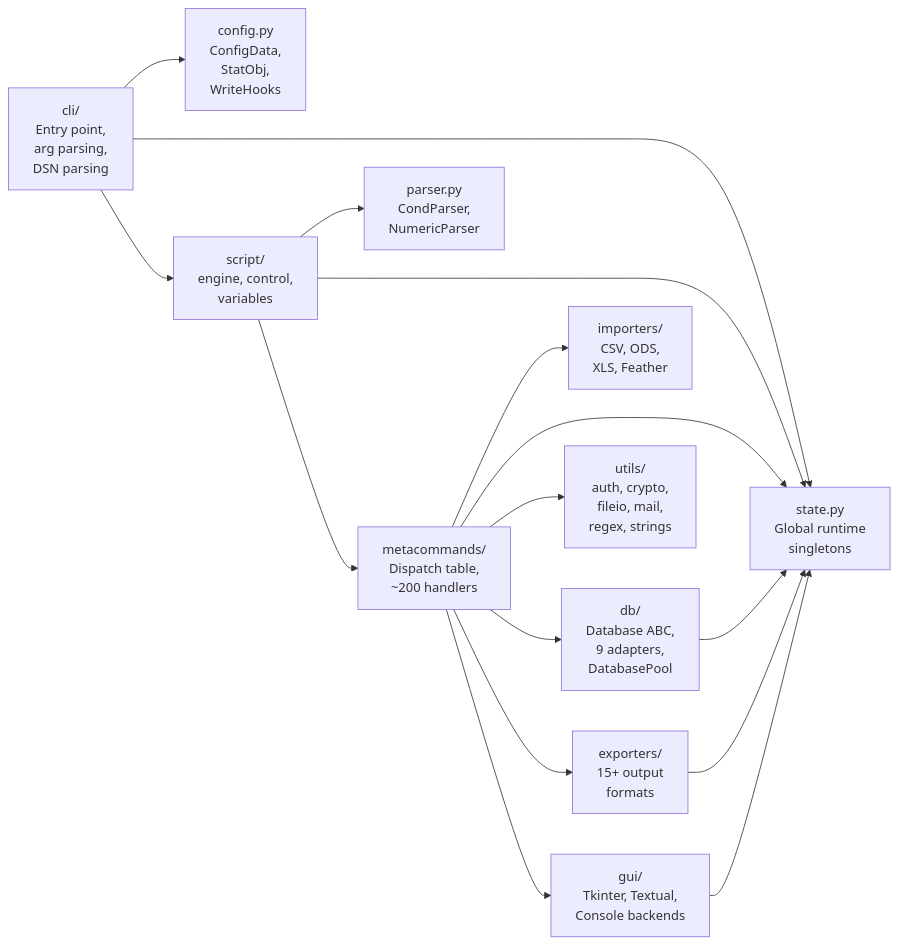
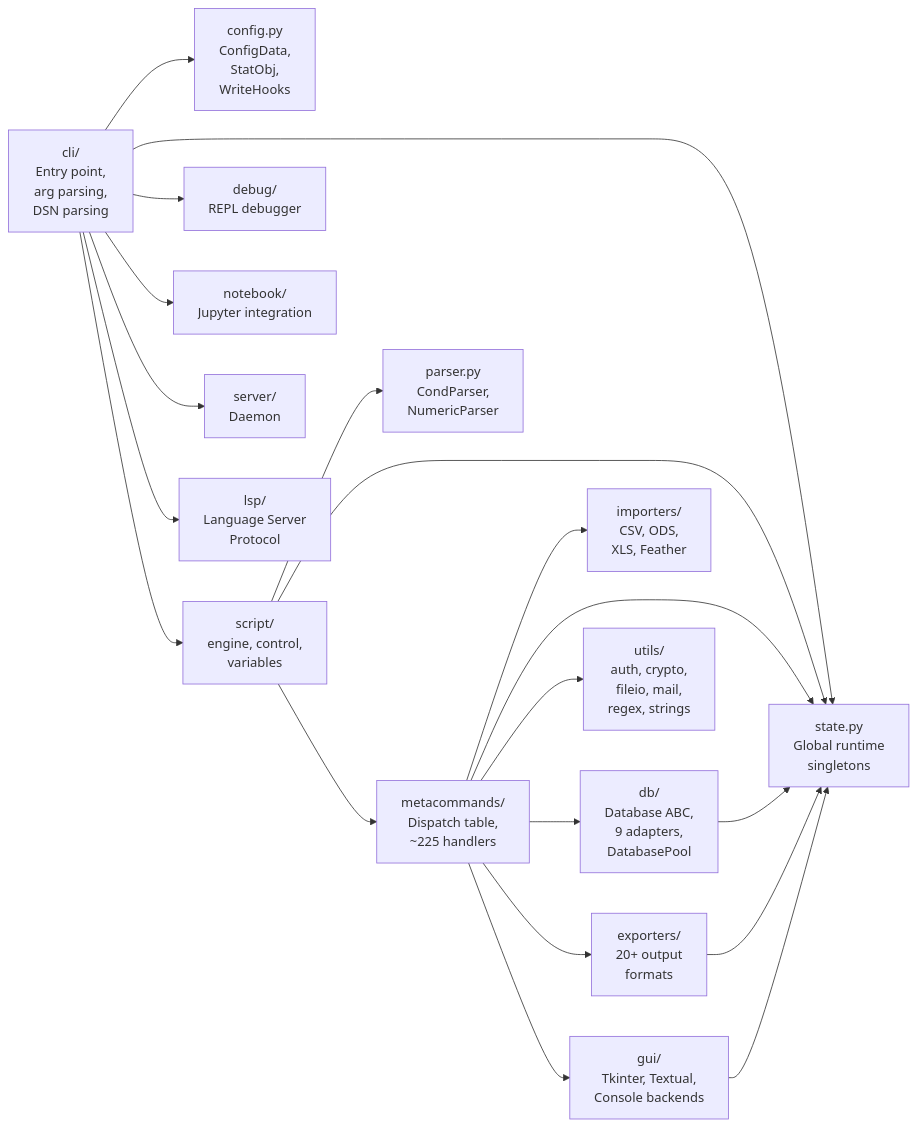
One commit to geocoug/execsql changed the second of 3 diagrams in docs/dev/architecture.md. Above: the diagram before and after it, drawn with Mermaid. The commit also changed other lines of this file and 16 other files, not shown here.

````diff
--- a/docs/dev/architecture.md
+++ b/docs/dev/architecture.md
@@ -58,30 +58,38 @@
 ```mermaid
 flowchart LR
     CLI["cli/<br/>Entry point,<br/>arg parsing,<br/>DSN parsing"]
     CONFIG["config.py<br/>ConfigData,<br/>StatObj,<br/>WriteHooks"]
     STATE["state.py<br/>Global runtime<br/>singletons"]
     SCRIPT["script/<br/>engine, control,<br/>variables"]
-    META["metacommands/<br/>Dispatch table,<br/>~200 handlers"]
+    META["metacommands/<br/>Dispatch table,<br/>~225 handlers"]
     DB["db/<br/>Database ABC,<br/>9 adapters,<br/>DatabasePool"]
-    EXPORT["exporters/<br/>15+ output<br/>formats"]
+    EXPORT["exporters/<br/>20+ output<br/>formats"]
     IMPORT["importers/<br/>CSV, ODS,<br/>XLS, Feather"]
     GUI["gui/<br/>Tkinter, Textual,<br/>Console backends"]
     UTILS["utils/<br/>auth, crypto,<br/>fileio, mail,<br/>regex, strings"]
     PARSER["parser.py<br/>CondParser,<br/>NumericParser"]
+    DEBUG["debug/<br/>REPL debugger"]
+    NOTEBOOK["notebook/<br/>Jupyter integration"]
+    SERVER["server/<br/>Daemon"]
+    LSP["lsp/<br/>Language Server<br/>Protocol"]
 
     CLI --> CONFIG
     CLI --> STATE
     CLI --> SCRIPT
+    CLI --> DEBUG
+    CLI --> NOTEBOOK
+    CLI --> SERVER
+    CLI --> LSP
     SCRIPT --> STATE
     SCRIPT --> META
     META --> STATE
     META --> DB
     META --> EXPORT
     META --> IMPORT
     META --> GUI
     META --> UTILS
     DB --> STATE
     EXPORT --> STATE
     GUI --> STATE
     SCRIPT --> PARSER
 ```
````
